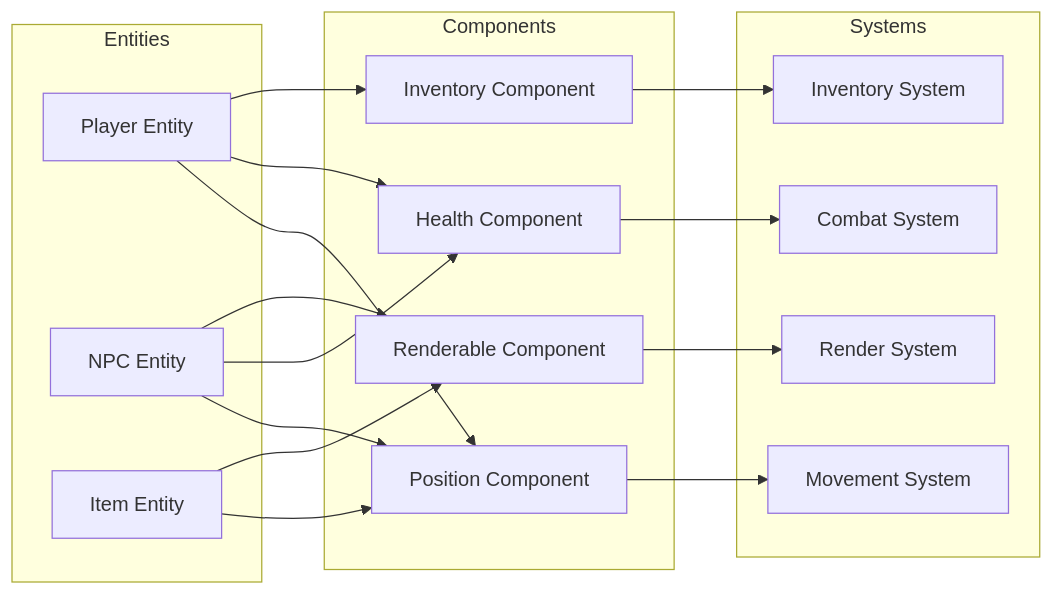
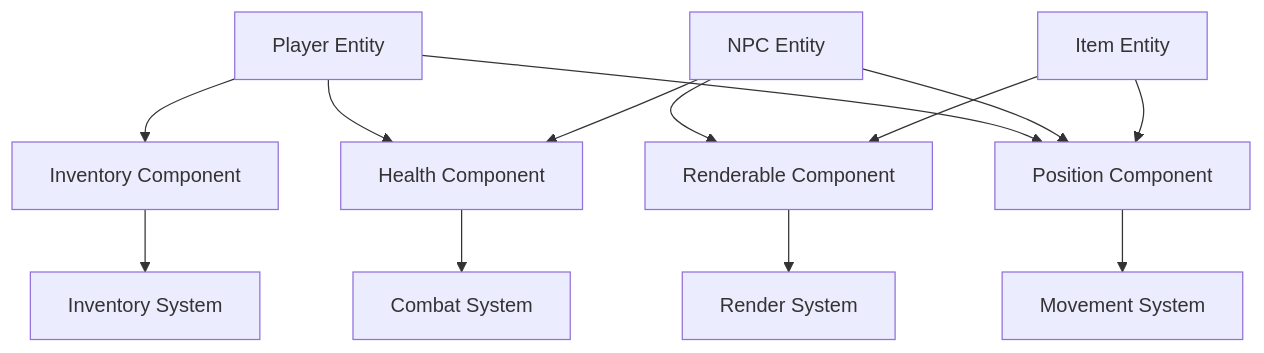
One commit to NowakAydm/GameBoilerplate changed the fourth of 7 diagrams in docs/ENGINE_ARCHITECTURE.md. Above: the diagram before and after it, drawn with Mermaid. The commit also changed other lines of this file and 1 other file, not shown here.

````diff
--- a/docs/ENGINE_ARCHITECTURE.md
+++ b/docs/ENGINE_ARCHITECTURE.md
@@ -168,38 +143,27 @@
 ```mermaid
-graph LR
-    subgraph "Entities"
-        Player[Player Entity]
-        NPC[NPC Entity]
-        Item[Item Entity]
-    end
-    
-    subgraph "Components"
-        Position[Position Component]
-        Health[Health Component]
-        Inventory[Inventory Component]
-        Renderable[Renderable Component]
-    end
-    
-    subgraph "Systems"
-        MovementSys[Movement System]
-        CombatSys[Combat System]
-        RenderSys[Render System]
-        InventorySys[Inventory System]
-    end
-    
+graph TD
+    Player[Player Entity]
+    NPC[NPC Entity]
+    Item[Item Entity]
+    Position[Position Component]
+    Health[Health Component]
+    Inventory[Inventory Component]
+    Renderable[Renderable Component]
+    MovementSys[Movement System]
+    CombatSys[Combat System]
+    RenderSys[Render System]
+    InventorySys[Inventory System]
+
     Player --> Position
     Player --> Health
     Player --> Inventory
-    
     NPC --> Position
     NPC --> Health
     NPC --> Renderable
-    
     Item --> Position
     Item --> Renderable
-    
     Position --> MovementSys
     Health --> CombatSys
     Renderable --> RenderSys
     Inventory --> InventorySys
 ```
````
